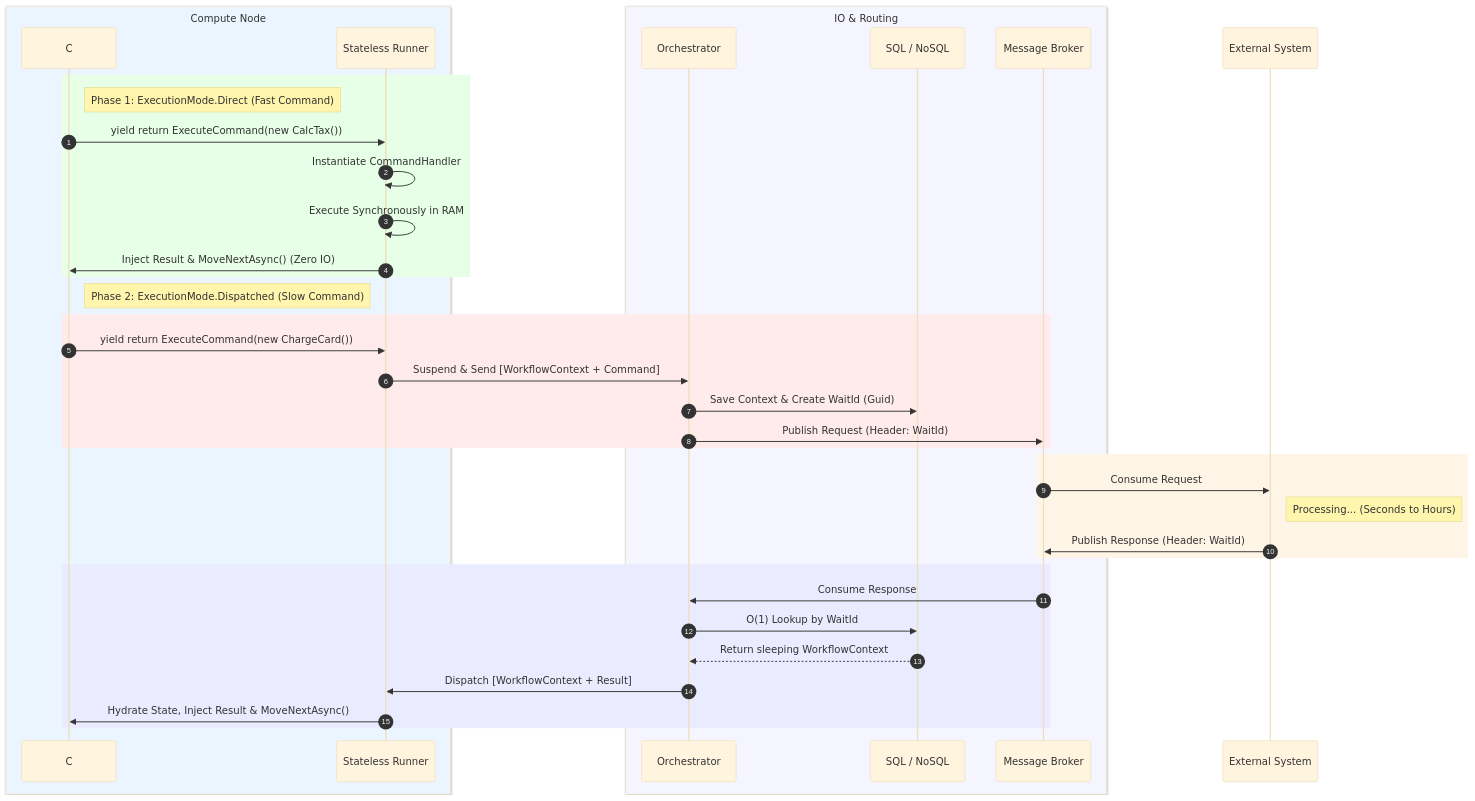
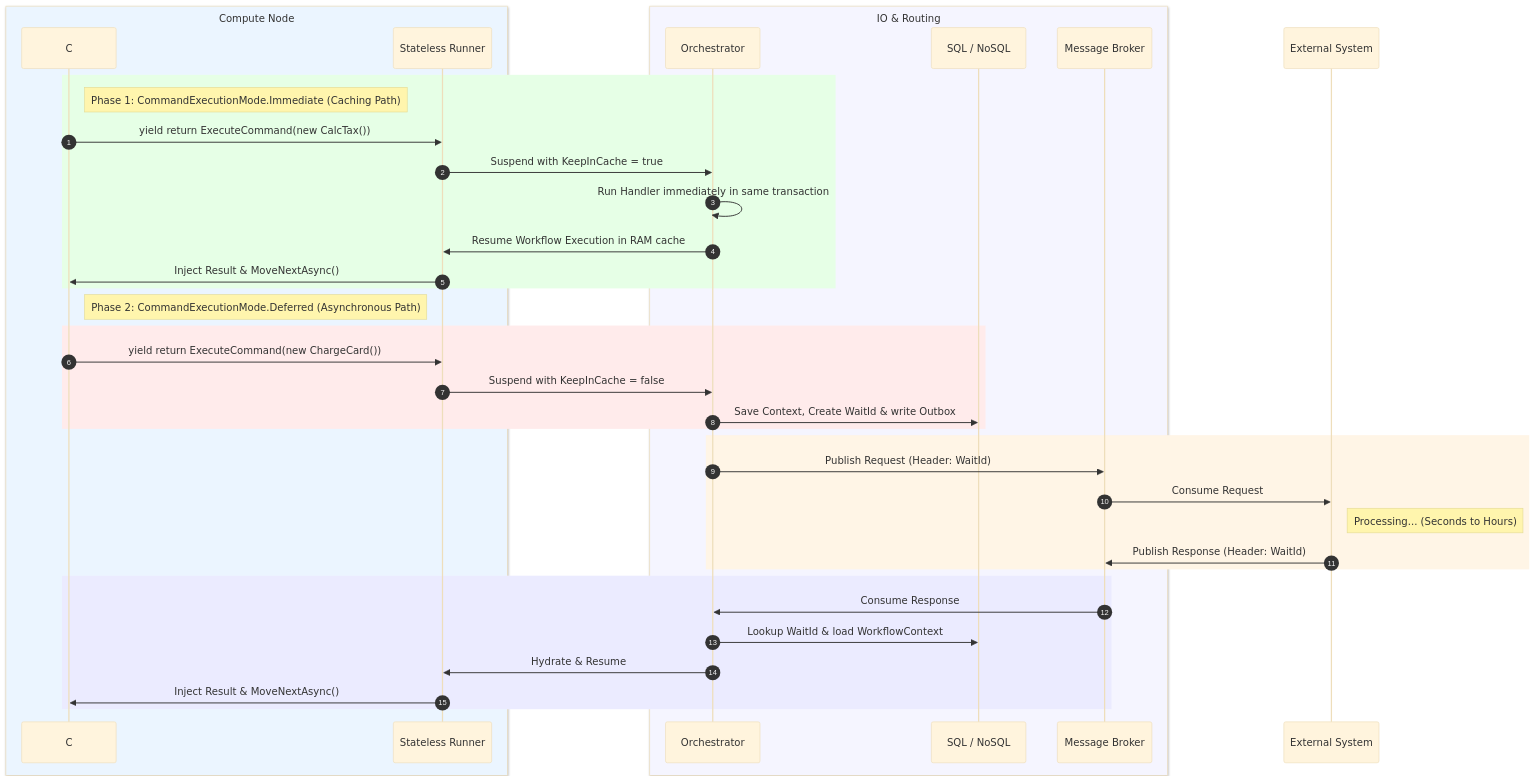
Before and after one commit to IbrahimElshafey/Workflows: the diagram in _Documents/Architecture/Command Execution Modes.md, drawn with Mermaid (base theme). The commit also changed other lines of this file and 6 other files, not shown here.

````diff
--- a/_Documents/Architecture/Command Execution Modes.md
+++ b/_Documents/Architecture/Command Execution Modes.md
@@ -90,50 +70,50 @@
 ```mermaid
 sequenceDiagram
     autonumber
     
     box rgb(235, 245, 255) Compute Node
         participant WF as C# Workflow
         participant Runner as Stateless Runner
     end
     
     box rgb(245, 245, 255) IO & Routing
         participant Orch as Orchestrator
         participant DB as SQL / NoSQL
         participant Bus as Message Broker
     end
     
     participant Ext as External System
 
-    %% DIRECT MODE
+    %% IMMEDIATE MODE
     rect rgb(230, 255, 230)
-    note right of WF: Phase 1: ExecutionMode.Direct (Fast Command)
+    note right of WF: Phase 1: CommandExecutionMode.Immediate (Caching Path)
     WF->>Runner: yield return ExecuteCommand(new CalcTax())
-    Runner->>Runner: Instantiate CommandHandler
-    Runner->>Runner: Execute Synchronously in RAM
-    Runner->>WF: Inject Result & MoveNextAsync() (Zero IO)
+    Runner->>Orch: Suspend with KeepInCache = true
+    Orch->>Orch: Run Handler immediately in same transaction
+    Orch->>Runner: Resume Workflow Execution in RAM cache
+    Runner->>WF: Inject Result & MoveNextAsync()
     end
 
-    %% DISPATCHED MODE
-    note right of WF: Phase 2: ExecutionMode.Dispatched (Slow Command)
+    %% DEFERRED MODE
+    note right of WF: Phase 2: CommandExecutionMode.Deferred (Asynchronous Path)
     
     rect rgb(255, 235, 235)
     WF->>Runner: yield return ExecuteCommand(new ChargeCard())
-    Runner->>Orch: Suspend & Send [WorkflowContext + Command]
-    Orch->>DB: Save Context & Create WaitId (Guid)
-    Orch->>Bus: Publish Request (Header: WaitId)
+    Runner->>Orch: Suspend with KeepInCache = false
+    Orch->>DB: Save Context, Create WaitId & write Outbox
     end
     
     rect rgb(255, 245, 230)
+    Orch->>Bus: Publish Request (Header: WaitId)
     Bus->>Ext: Consume Request
     note right of Ext: Processing... (Seconds to Hours)
     Ext->>Bus: Publish Response (Header: WaitId)
     end
     
     rect rgb(235, 235, 255)
     Bus->>Orch: Consume Response
-    Orch->>DB: O(1) Lookup by WaitId
-    DB-->>Orch: Return sleeping WorkflowContext
-    Orch->>Runner: Dispatch [WorkflowContext + Result]
-    Runner->>WF: Hydrate State, Inject Result & MoveNextAsync()
+    Orch->>DB: Lookup WaitId & load WorkflowContext
+    Orch->>Runner: Hydrate & Resume
+    Runner->>WF: Inject Result & MoveNextAsync()
     end
 ```
````
